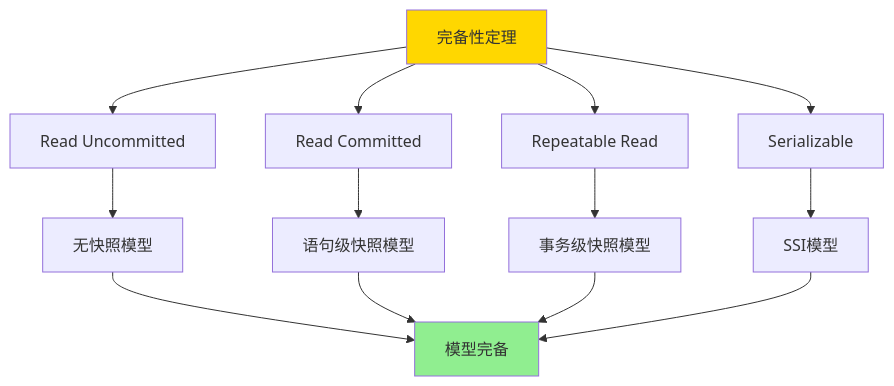
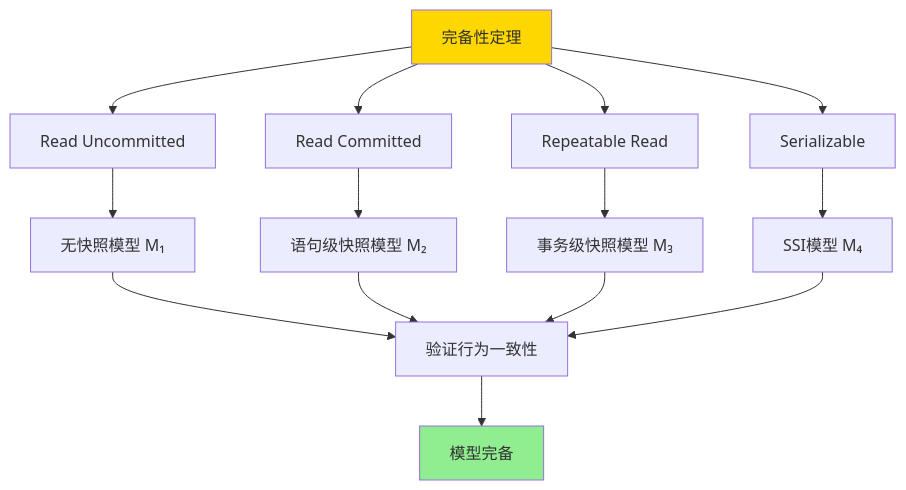
One commit to AdaMartin18010/PostgreSQL_modern changed the fifth of 6 diagrams in PostgreSQL/10-理论基础/03-事务与并发控制/03.03-事务隔离与MVCC-统一形式模型与完备性证明.md. Above: the diagram before and after it, drawn with Mermaid. The commit also changed other lines of this file and 16 other files, not shown here.

````diff
--- a/PostgreSQL/10-理论基础/03-事务与并发控制/03.03-事务隔离与MVCC-统一形式模型与完备性证明.md
+++ b/PostgreSQL/10-理论基础/03-事务与并发控制/03.03-事务隔离与MVCC-统一形式模型与完备性证明.md
@@ -276,18 +351,19 @@
 ```mermaid
 graph TD
     A[完备性定理] --> B[Read Uncommitted]
     A --> C[Read Committed]
     A --> D[Repeatable Read]
     A --> E[Serializable]
-    B --> F[无快照模型]
-    C --> G[语句级快照模型]
-    D --> H[事务级快照模型]
-    E --> I[SSI模型]
-    F --> J[模型完备]
+    B --> F[无快照模型 M₁]
+    C --> G[语句级快照模型 M₂]
+    D --> H[事务级快照模型 M₃]
+    E --> I[SSI模型 M₄]
+    F --> J[验证行为一致性]
     G --> J
     H --> J
     I --> J
+    J --> K[模型完备]
 
     style A fill:#FFD700
-    style J fill:#90EE90
+    style K fill:#90EE90
 ```
````
